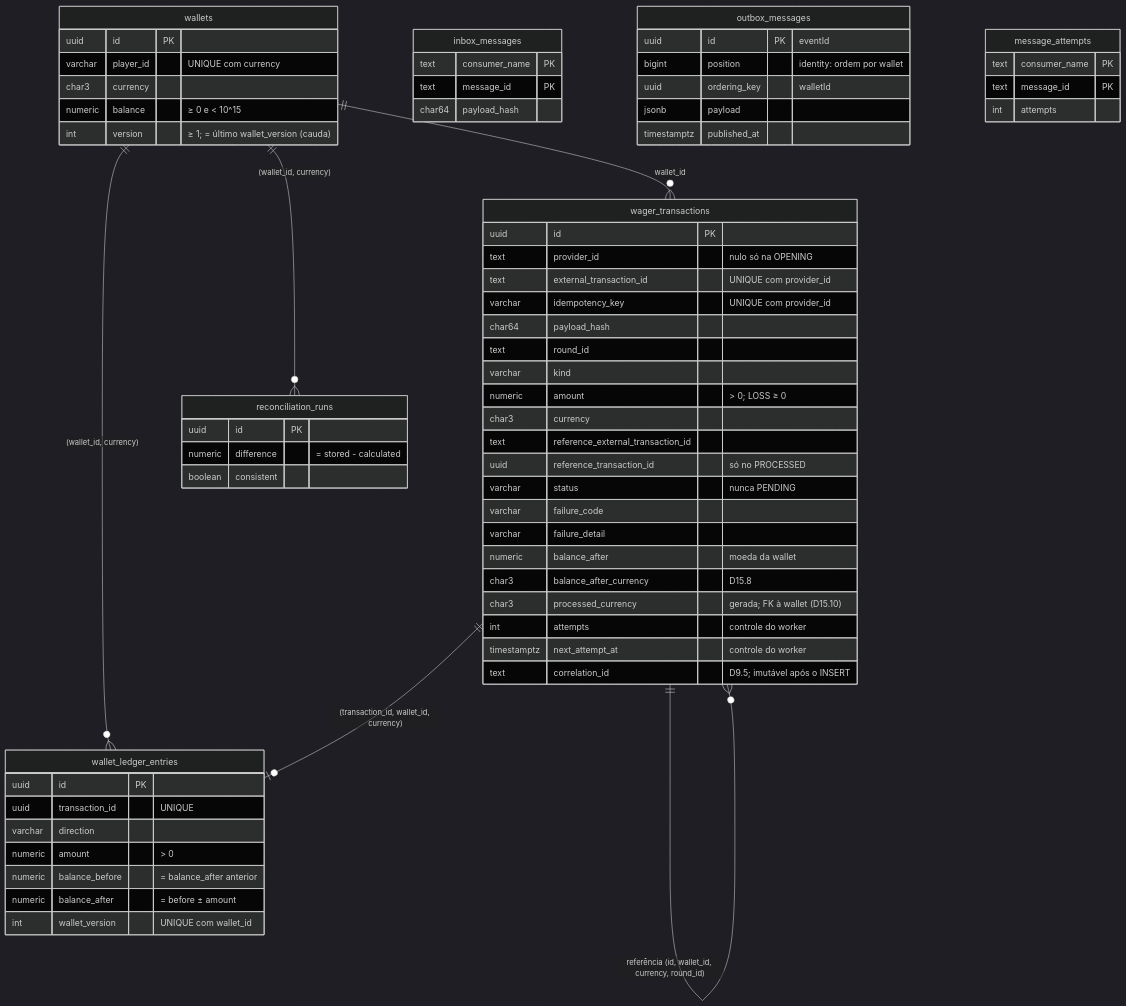
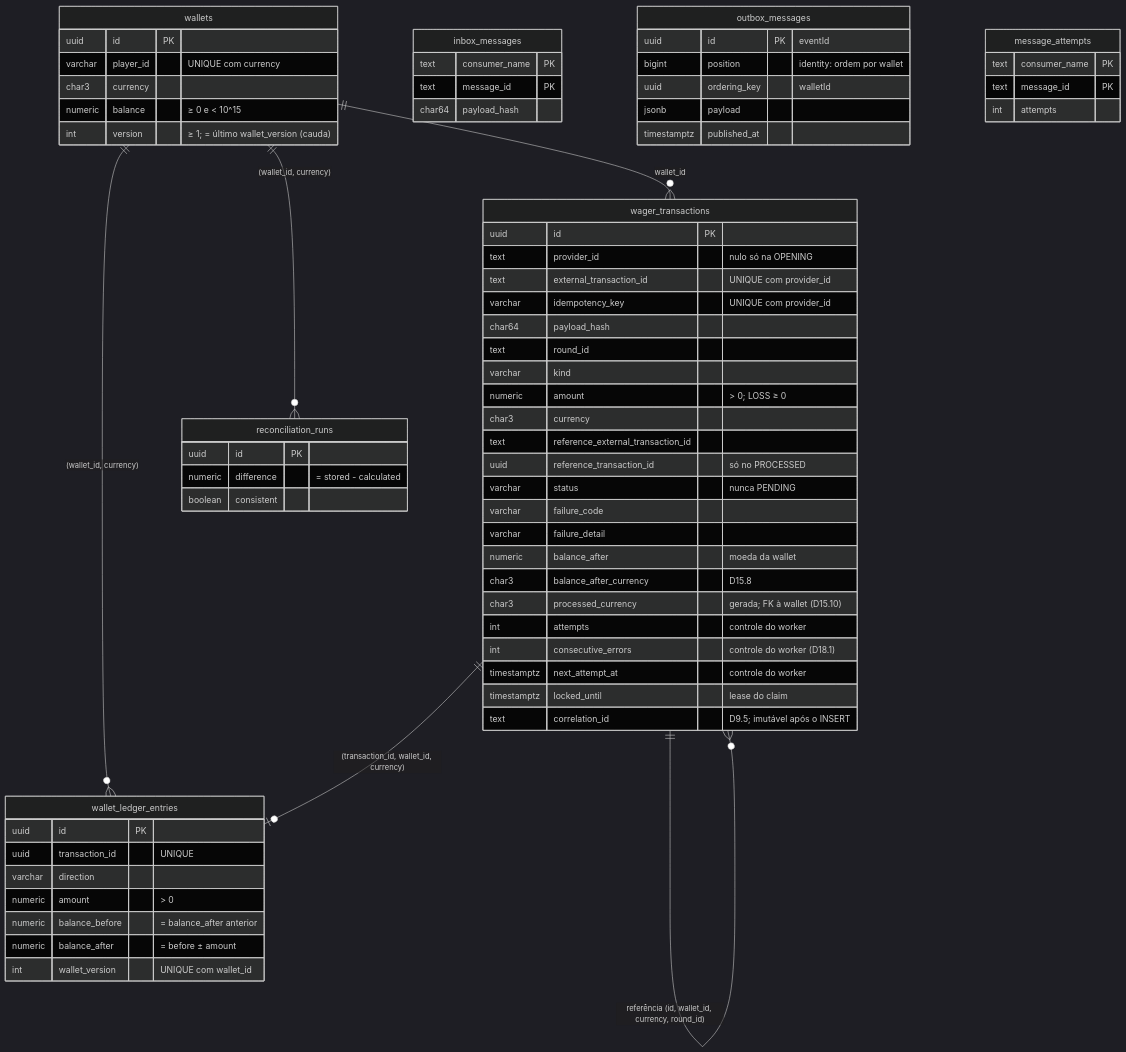
Before and after one commit to basedCaesar/distributed-wagering-processor: the diagram in src/modules/wagering/infra/persistence/README.md, drawn with Mermaid (dark theme). The commit also changed other lines of this file and 29 other files, not shown here.

````diff
--- a/src/modules/wagering/infra/persistence/README.md
+++ b/src/modules/wagering/infra/persistence/README.md
@@ -29,69 +33,71 @@
 ```mermaid
 erDiagram
     wallets ||--o{ wager_transactions : "wallet_id"
     wallets ||--o{ wallet_ledger_entries : "(wallet_id, currency)"
     wager_transactions ||--o| wallet_ledger_entries : "(transaction_id, wallet_id, currency)"
     wager_transactions ||--o{ wager_transactions : "referência (id, wallet_id, currency, round_id)"
     wallets ||--o{ reconciliation_runs : "(wallet_id, currency)"
 
     wallets {
         uuid id PK
         varchar player_id "UNIQUE com currency"
         char3 currency
         numeric balance "≥ 0 e < 10^15"
         int version "≥ 1; = último wallet_version (cauda)"
     }
     wager_transactions {
         uuid id PK
         text provider_id "nulo só na OPENING"
         text external_transaction_id "UNIQUE com provider_id"
         varchar idempotency_key "UNIQUE com provider_id"
         char64 payload_hash
         text round_id
         varchar kind
         numeric amount "> 0; LOSS ≥ 0"
         char3 currency
         text reference_external_transaction_id
         uuid reference_transaction_id "só no PROCESSED"
         varchar status "nunca PENDING"
         varchar failure_code
         varchar failure_detail
         numeric balance_after "moeda da wallet"
         char3 balance_after_currency "D15.8"
         char3 processed_currency "gerada; FK à wallet (D15.10)"
         int attempts "controle do worker"
+        int consecutive_errors "controle do worker (D18.1)"
         timestamptz next_attempt_at "controle do worker"
+        timestamptz locked_until "lease do claim"
         text correlation_id "D9.5; imutável após o INSERT"
     }
     wallet_ledger_entries {
         uuid id PK
         uuid transaction_id "UNIQUE"
         varchar direction
         numeric amount "> 0"
         numeric balance_before "= balance_after anterior"
         numeric balance_after "= before ± amount"
         int wallet_version "UNIQUE com wallet_id"
     }
     inbox_messages {
         text consumer_name PK
         text message_id PK
         char64 payload_hash
     }
     outbox_messages {
         uuid id PK "eventId"
         bigint position "identity: ordem por wallet"
         uuid ordering_key "walletId"
         jsonb payload
         timestamptz published_at
     }
     message_attempts {
         text consumer_name PK
         text message_id PK
         int attempts
     }
     reconciliation_runs {
         uuid id PK
         numeric difference "= stored - calculated"
         boolean consistent
     }
 ```
````
